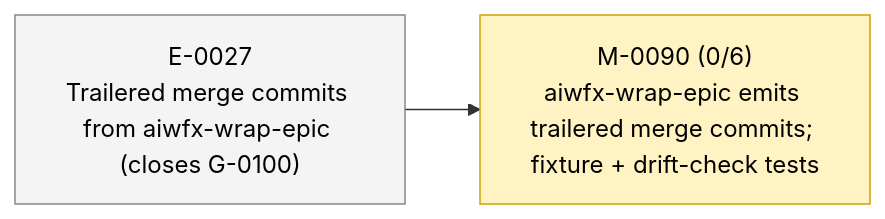
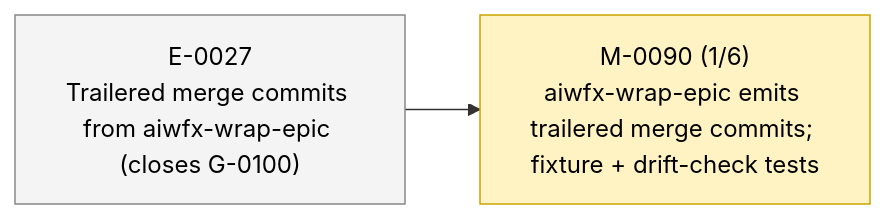
The second of 2 diagrams in STATUS.md (23min/aiwf), drawn with Mermaid before and after one commit. The commit also changed other lines of this file and 1 other file, not shown here.

````diff
--- a/STATUS.md
+++ b/STATUS.md
@@ -51,12 +51,12 @@
 ```mermaid
 flowchart LR
   E_0027["E-0027<br/>Trailered merge commits from aiwfx-wrap-epic (closes G-0100)"]:::epic_proposed
-  M_0090["M-0090 (0/6)<br/>aiwfx-wrap-epic emits trailered merge commits; fixture + drift-check tests"]:::ms_in_progress
+  M_0090["M-0090 (1/6)<br/>aiwfx-wrap-epic emits trailered merge commits; fixture + drift-check tests"]:::ms_in_progress
   E_0027 --> M_0090
   classDef epic_active fill:#d6eaff,stroke:#1a73e8,color:#000
   classDef epic_proposed fill:#f4f4f4,stroke:#888,color:#000
   classDef ms_done fill:#d8f5d8,stroke:#2a8a2a,color:#000
   classDef ms_in_progress fill:#fff3c4,stroke:#caa400,color:#000
   classDef ms_draft fill:#f4f4f4,stroke:#888,color:#000
   classDef ms_cancelled fill:#fbeaea,stroke:#c33,color:#000
 ```
````
